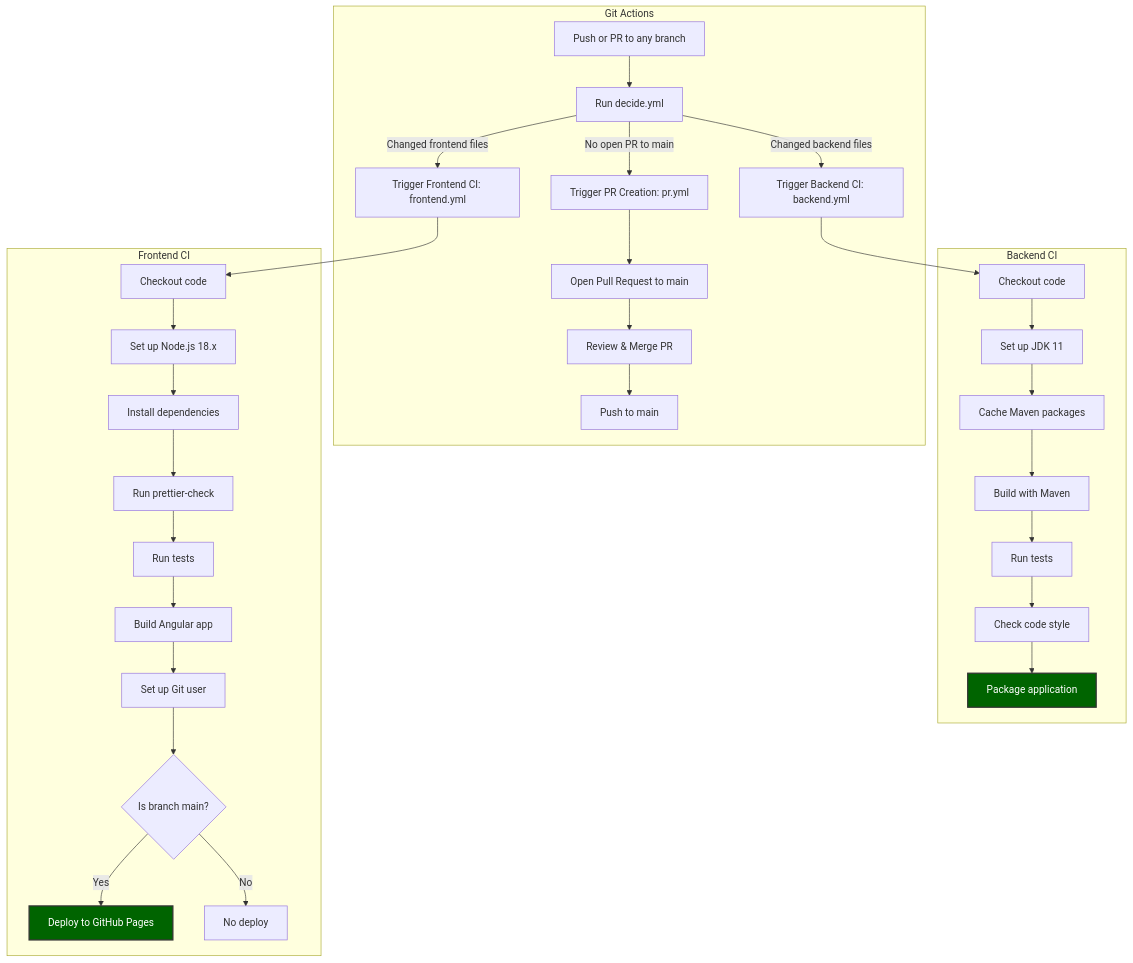
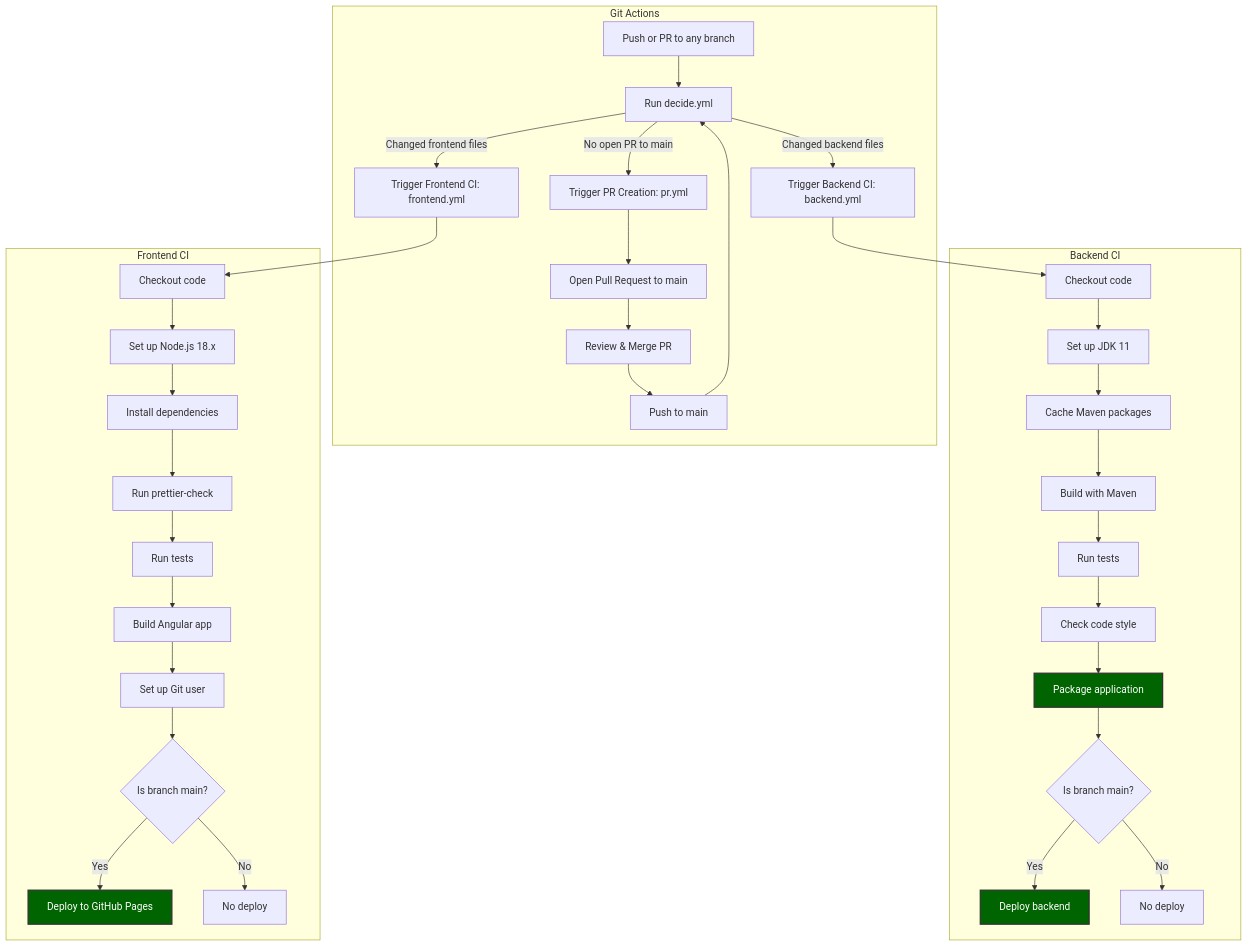
Before and after one commit to gustavoevf/Sistema_de_Moeda_Estudantil: the diagram in README.md, drawn with Mermaid. The commit also changed 1 other file, not shown here.

Commit message:
docs: updating flowchart to workflows adjusts

````diff
--- a/README.md
+++ b/README.md
@@ -5,38 +5,43 @@
 ```mermaid
 flowchart TD
     subgraph Git Actions
         A1[Push or PR to any branch] --> B1[Run decide.yml]
         B1 -->|Changed backend files| C1[Trigger Backend CI: backend.yml]
         B1 -->|Changed frontend files| C2[Trigger Frontend CI: frontend.yml]
         B1 -->|No open PR to main| C3[Trigger PR Creation: pr.yml]
         C3 --> D1[Open Pull Request to main]
         D1 --> E1[Review & Merge PR]
         E1 --> F1[Push to main]
+        F1 --> B1
     end
 
     subgraph Backend CI
         C1 --> H1[Checkout code]
         H1 --> I1[Set up JDK 11]
         I1 --> J1[Cache Maven packages]
         J1 --> K1[Build with Maven]
         K1 --> L1[Run tests]
         L1 --> M1[Check code style]
         M1 --> N1[Package application]
+        N1 --> O1{Is branch main?}
+        O1 -- Yes --> P1[Deploy backend]
+        O1 -- No --> Q1[No deploy]
     end
 
     subgraph Frontend CI
         C2 --> H2[Checkout code]
         H2 --> I2[Set up Node.js 18.x]
         I2 --> J2[Install dependencies]
         J2 --> K2[Run prettier-check]
         K2 --> L2[Run tests]
         L2 --> M2[Build Angular app]
         M2 --> N2[Set up Git user]
         N2 --> O2{Is branch main?}
         O2 -- Yes --> P2[Deploy to GitHub Pages]
         O2 -- No --> Q2[No deploy]
     end
 
     style P2 fill:#006400,stroke:#333,stroke-width:2px,color:#fff
     style N1 fill:#006400,stroke:#333,stroke-width:2px,color:#fff
+    style P1 fill:#006400,stroke:#333,stroke-width:2px,color:#fff
 ```
````
